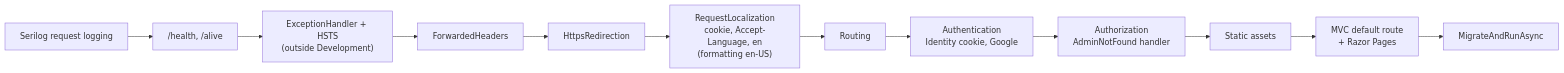
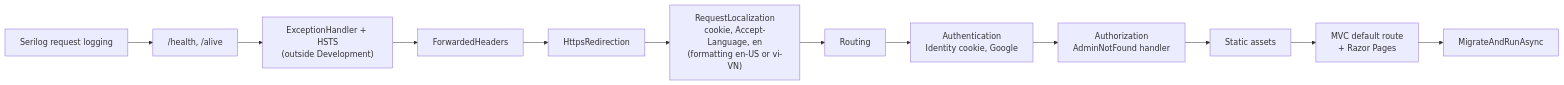
One commit to tngo0508/PersonalFinance changed diagram 21 of 25 in docs/DIAGRAMS.md. Above: the diagram before and after it, drawn with Mermaid. The commit also changed other lines of this file and 2 other files, not shown here.

Commit message:
docs: money formatter and culture diagrams; 7.1.0

````diff
--- a/docs/DIAGRAMS.md
+++ b/docs/DIAGRAMS.md
@@ -1190,4 +1190,4 @@
 ```mermaid
 flowchart LR
-    a["Serilog request logging"] --> b["/health, /alive"] --> c["ExceptionHandler + HSTS<br/>(outside Development)"] --> d["ForwardedHeaders"] --> e["HttpsRedirection"] --> f["RequestLocalization<br/>cookie, Accept-Language, en<br/>(formatting en-US)"] --> g["Routing"] --> h["Authentication<br/>Identity cookie, Google"] --> i["Authorization<br/>AdminNotFound handler"] --> j["Static assets"] --> k["MVC default route<br/>+ Razor Pages"] --> l["MigrateAndRunAsync"]
+    a["Serilog request logging"] --> b["/health, /alive"] --> c["ExceptionHandler + HSTS<br/>(outside Development)"] --> d["ForwardedHeaders"] --> e["HttpsRedirection"] --> f["RequestLocalization<br/>cookie, Accept-Language, en<br/>(formatting en-US or vi-VN)"] --> g["Routing"] --> h["Authentication<br/>Identity cookie, Google"] --> i["Authorization<br/>AdminNotFound handler"] --> j["Static assets"] --> k["MVC default route<br/>+ Razor Pages"] --> l["MigrateAndRunAsync"]
 ```
````
